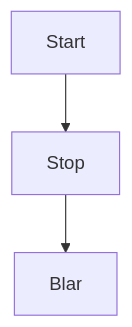
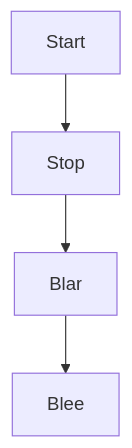
The diagram in _sources/markdown.md (neolaw84/my_first_jupyter_book), drawn with Mermaid before and after one commit. The commit also changed 164 other files, not shown here.

````diff
--- a/_sources/markdown.md
+++ b/_sources/markdown.md
@@ -6,4 +6,5 @@
 ```{mermaid}
 flowchart TD
     Start --> Stop --> Blar
+    Blar --> Blee
 ```
````
